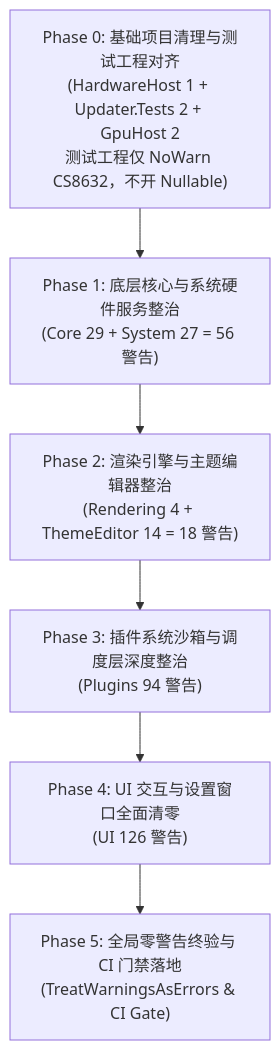
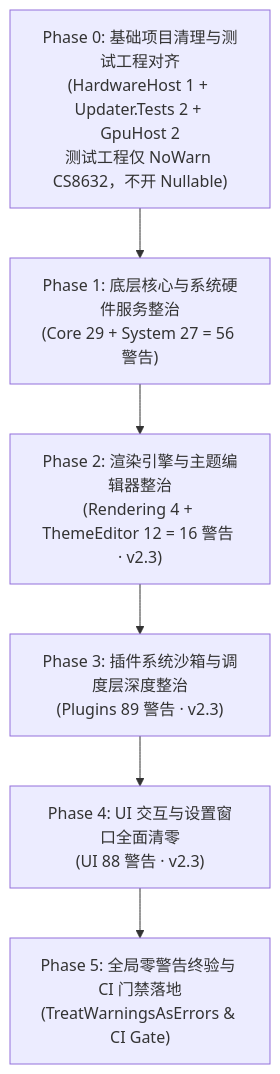
The diagram in docs/plans/2026-10-26-nullable-warnings-remediation-plan.md (mojingjing-git/LiteMonitorPlus), drawn with Mermaid before and after one commit. The commit also changed other lines of this file, not shown here.

````diff
--- a/docs/plans/2026-10-26-nullable-warnings-remediation-plan.md
+++ b/docs/plans/2026-10-26-nullable-warnings-remediation-plan.md
@@ -630,15 +1040,15 @@
 ```mermaid
 flowchart TD
     P0["Phase 0: 基础项目清理与测试工程对齐<br/>(HardwareHost 1 + Updater.Tests 2 + GpuHost 2<br/>测试工程仅 NoWarn CS8632，不开 Nullable)"]
     P1["Phase 1: 底层核心与系统硬件服务整治<br/>(Core 29 + System 27 = 56 警告)"]
-    P2["Phase 2: 渲染引擎与主题编辑器整治<br/>(Rendering 4 + ThemeEditor 14 = 18 警告)"]
-    P3["Phase 3: 插件系统沙箱与调度层深度整治<br/>(Plugins 94 警告)"]
-    P4["Phase 4: UI 交互与设置窗口全面清零<br/>(UI 126 警告)"]
+    P2["Phase 2: 渲染引擎与主题编辑器整治<br/>(Rendering 4 + ThemeEditor 12 = 16 警告 · v2.3)"]
+    P3["Phase 3: 插件系统沙箱与调度层深度整治<br/>(Plugins 89 警告 · v2.3)"]
+    P4["Phase 4: UI 交互与设置窗口全面清零<br/>(UI 88 警告 · v2.3)"]
     P5["Phase 5: 全局零警告终验与 CI 门禁落地<br/>(TreatWarningsAsErrors & CI Gate)"]
 
     P0 --> P1
     P1 --> P2
     P2 --> P3
     P3 --> P4
     P4 --> P5
 ```
````
